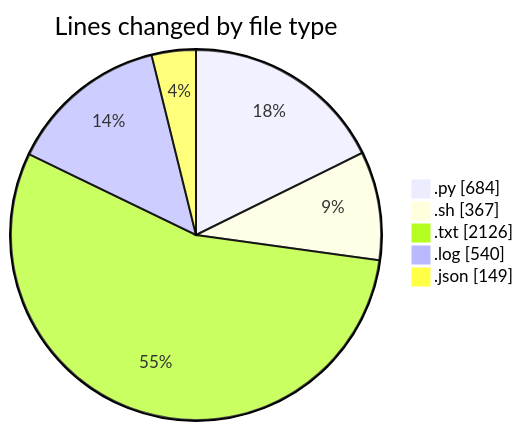
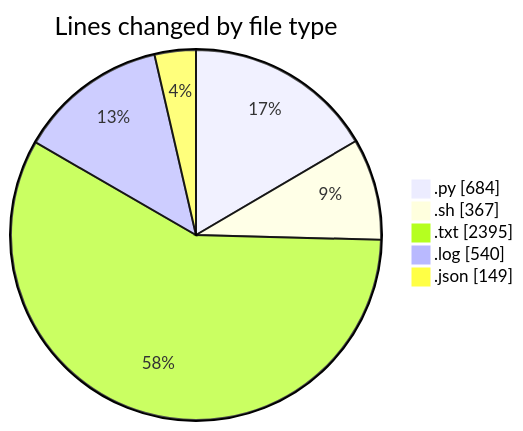
Before and after one commit to Unknowalive/code-tracking: the first of 2 diagrams in 2026-04-11/scripting_workshop/README.md, drawn with Mermaid. The commit also changed other lines of this file and 1 other file, not shown here.

````diff
--- a/2026-04-11/scripting_workshop/README.md
+++ b/2026-04-11/scripting_workshop/README.md
@@ -34,9 +35,9 @@
 ```mermaid
 pie showData
 title Lines changed by file type
 ".py" : 684
 ".sh" : 367
-".txt" : 2126
+".txt" : 2395
 ".log" : 540
 ".json" : 149
 ```
````
